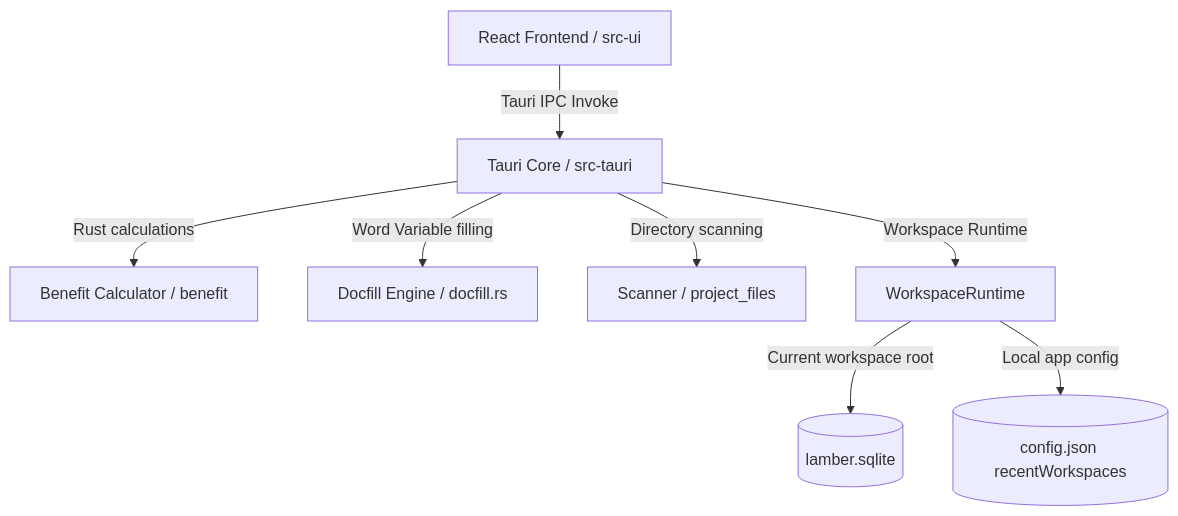
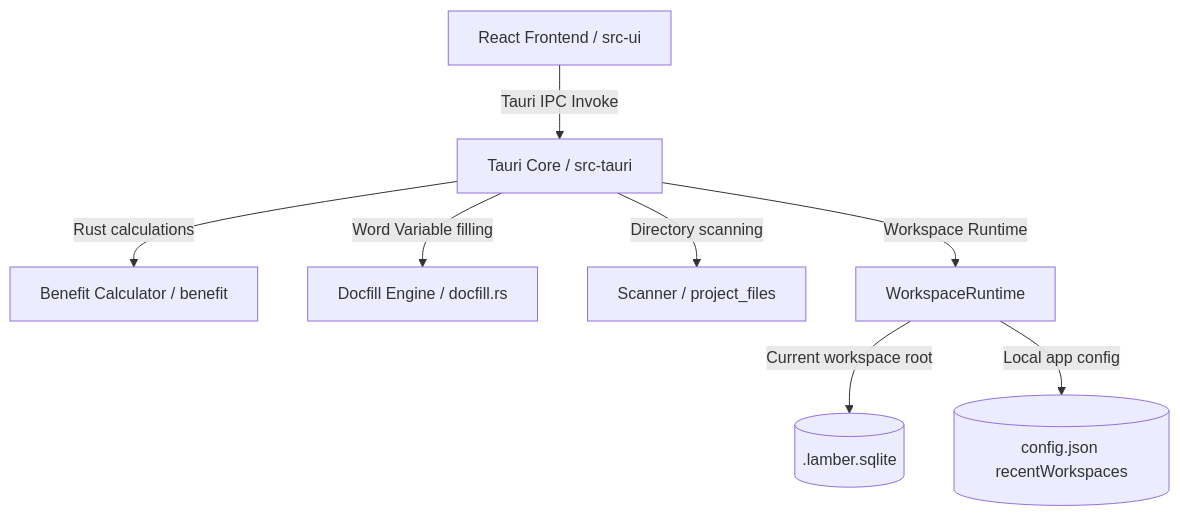
One commit to steven-mountain/lamber changed the diagram in docs/ARCHITECTURE_MAP.md. Above: the diagram before and after it, drawn with Mermaid. The commit also changed other lines of this file and 23 other files, not shown here.

````diff
--- a/docs/ARCHITECTURE_MAP.md
+++ b/docs/ARCHITECTURE_MAP.md
@@ -9,10 +9,10 @@
 ```mermaid
 graph TD
     UI[React Frontend / src-ui] -->|Tauri IPC Invoke| Tauri[Tauri Core / src-tauri]
     Tauri -->|Rust calculations| Calc[Benefit Calculator / benefit]
     Tauri -->|Word Variable filling| Doc[Docfill Engine / docfill.rs]
     Tauri -->|Directory scanning| Scan[Scanner / project_files]
     Tauri -->|Workspace Runtime| WS[WorkspaceRuntime]
-    WS -->|Current workspace root| DB[(lamber.sqlite)]
+    WS -->|Current workspace root| DB[(.lamber.sqlite)]
     WS -->|Local app config| CFG[(config.json recentWorkspaces)]
 ```
````
